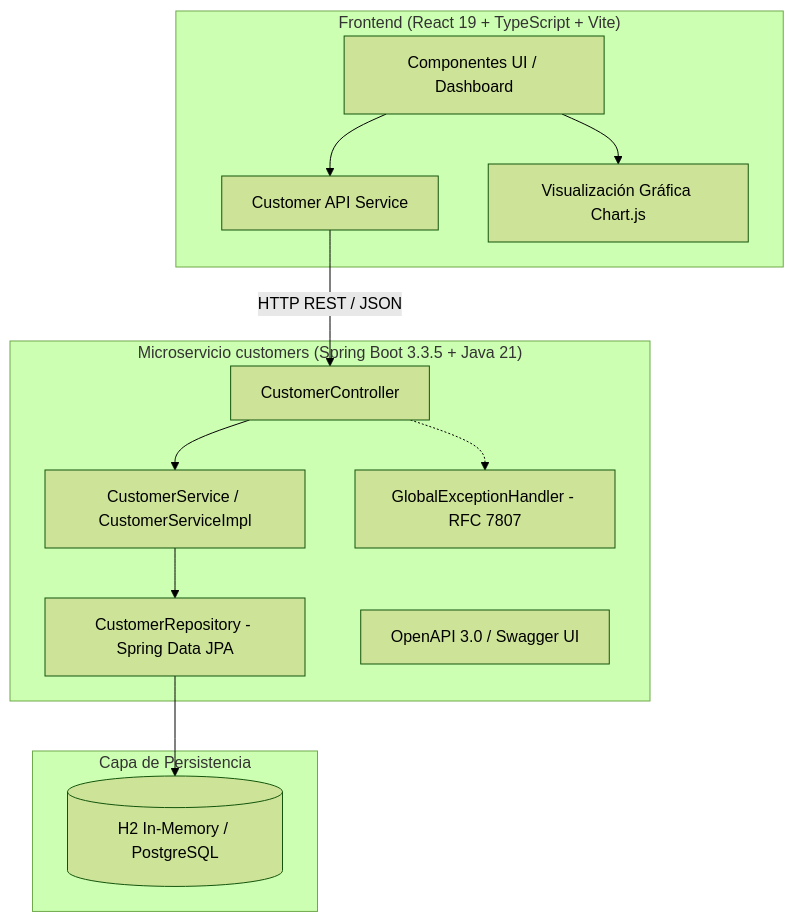
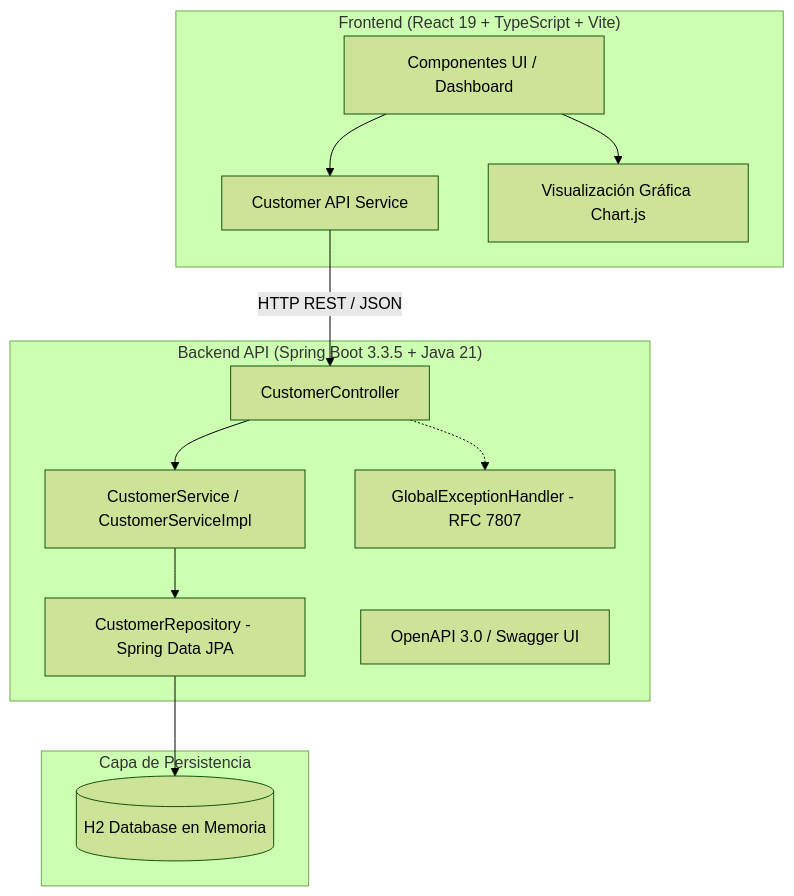
One commit to JordyMontalvo/reto-tecnico changed the diagram in README.md. Above: the diagram before and after it, drawn with Mermaid (forest theme). The commit also changed other lines of this file and 2 other files, not shown here.

Commit message:
docs: add comprehensive documentation, architecture notes and module guides

````diff
--- a/README.md
+++ b/README.md
@@ -55,29 +63,29 @@
 ```mermaid
 graph TD
     subgraph Frontend ["Frontend (React 19 + TypeScript + Vite)"]
         UI[Componentes UI / Dashboard]
         API_CLIENT[Customer API Service]
         CHART[Visualización Gráfica Chart.js]
         UI --> API_CLIENT
         UI --> CHART
     end
 
-    subgraph Backend ["Microservicio customers (Spring Boot 3.3.5 + Java 21)"]
+    subgraph Backend ["Backend API (Spring Boot 3.3.5 + Java 21)"]
         CONTROLLER[CustomerController]
         SERVICE[CustomerService / CustomerServiceImpl]
         REPO[CustomerRepository - Spring Data JPA]
         EX_HANDLER[GlobalExceptionHandler - RFC 7807]
         SWAGGER[OpenAPI 3.0 / Swagger UI]
 
         CONTROLLER --> SERVICE
         SERVICE --> REPO
         CONTROLLER -.-> EX_HANDLER
     end
 
     subgraph Persistence ["Capa de Persistencia"]
-        DB[(H2 In-Memory / PostgreSQL)]
+        DB[(H2 Database en Memoria)]
         REPO --> DB
     end
 
     API_CLIENT -->|HTTP REST / JSON| CONTROLLER
 ```
````
